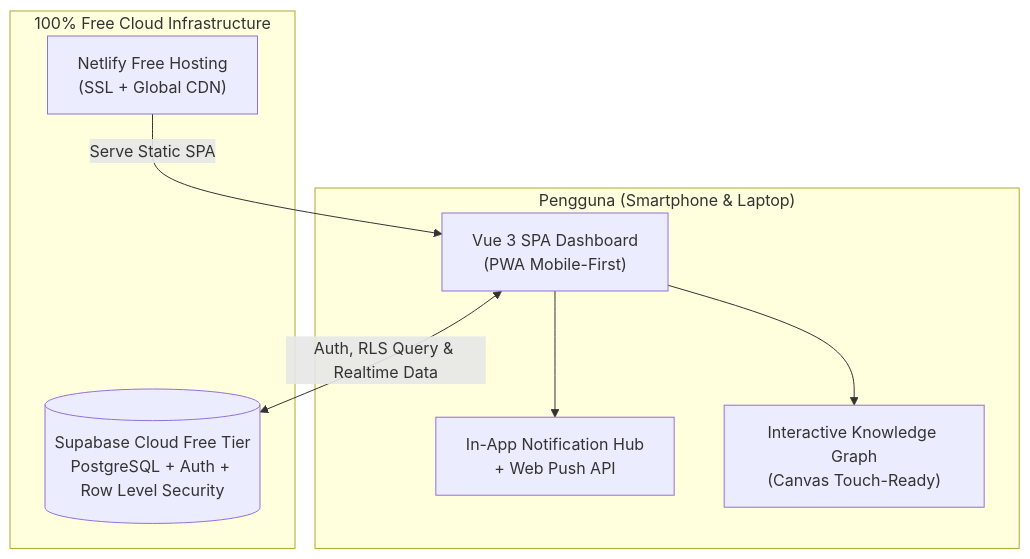
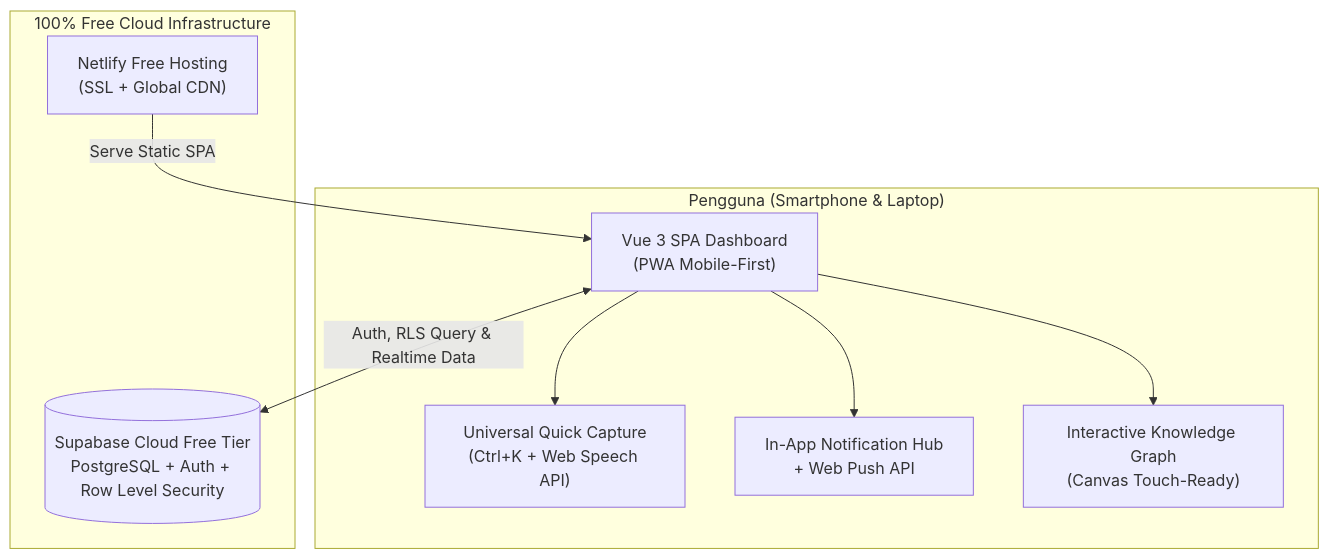
The diagram in README.md (fransalwan/second-brain-agent), drawn with Mermaid before and after one commit. The commit also changed other lines of this file, not shown here.

Commit message:
docs: comprehensive README update for Quick Capture, Voice, and In-App Feedback

````diff
--- a/README.md
+++ b/README.md
@@ -74,18 +106,20 @@
 ```mermaid
 flowchart TD
     subgraph Client ["Pengguna (Smartphone & Laptop)"]
         UI["Vue 3 SPA Dashboard<br/>(PWA Mobile-First)"]
+        QC["Universal Quick Capture<br/>(Ctrl+K + Web Speech API)"]
         NOTIF["In-App Notification Hub<br/>+ Web Push API"]
         GRAPH["Interactive Knowledge Graph<br/>(Canvas Touch-Ready)"]
     end
 
     subgraph Cloud ["100% Free Cloud Infrastructure"]
         NETLIFY["Netlify Free Hosting<br/>(SSL + Global CDN)"]
         SUPABASE[("Supabase Cloud Free Tier<br/>PostgreSQL + Auth + Row Level Security")]
     end
 
     NETLIFY -->|Serve Static SPA| UI
     UI <-->|Auth, RLS Query & Realtime Data| SUPABASE
+    UI --> QC
     UI --> NOTIF
     UI --> GRAPH
 ```
````
